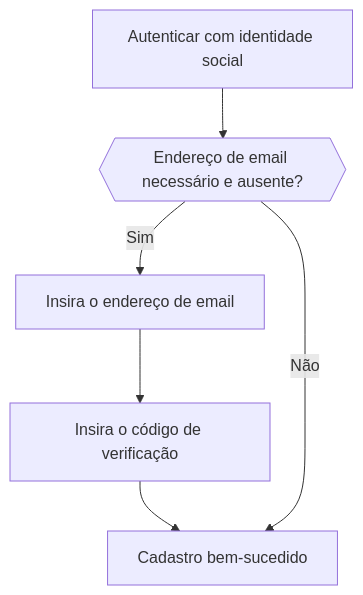
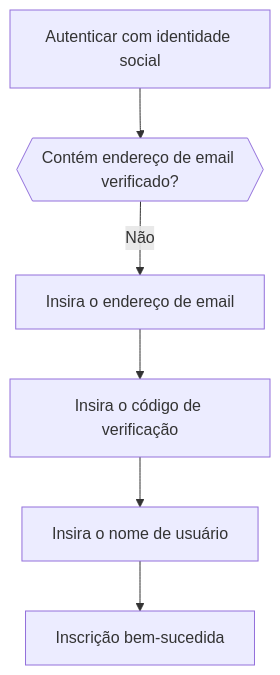
One commit to logto-io/docs changed the fifth of 6 diagrams in i18n/pt-BR/docusaurus-plugin-content-docs/current/end-user-flows/sign-up-and-sign-in/social-sign-in.mdx. Above: the diagram before and after it, drawn with Mermaid. The commit also changed other lines of this file and 407 other files, not shown here.

````diff
--- a/i18n/pt-BR/docusaurus-plugin-content-docs/current/end-user-flows/sign-up-and-sign-in/social-sign-in.mdx
+++ b/i18n/pt-BR/docusaurus-plugin-content-docs/current/end-user-flows/sign-up-and-sign-in/social-sign-in.mdx
@@ -139,8 +146,8 @@
    ```mermaid
    flowchart TD
-      A[Autenticar com identidade social] --> B{{Endereço de email necessário e ausente?}}
-      B -- Sim --> C[Insira o endereço de email]
+      A[Autenticar com identidade social] --> B{{Contém endereço de email verificado?}}
+      B -- Não --> C[Insira o endereço de email]
       C --> D[Insira o código de verificação]
-      D --> E[Cadastro bem-sucedido]
-      B -- Não --> E
+      D --> E[Insira o nome de usuário]
+      E --> F[Inscrição bem-sucedida]
    ```
````
